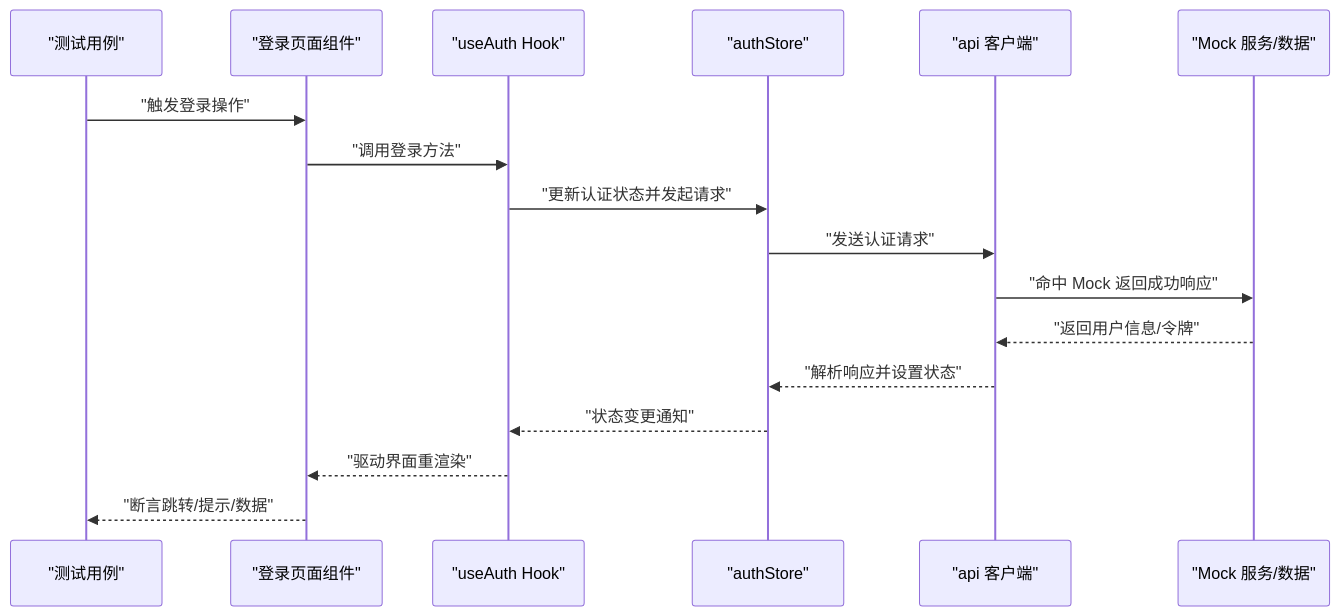
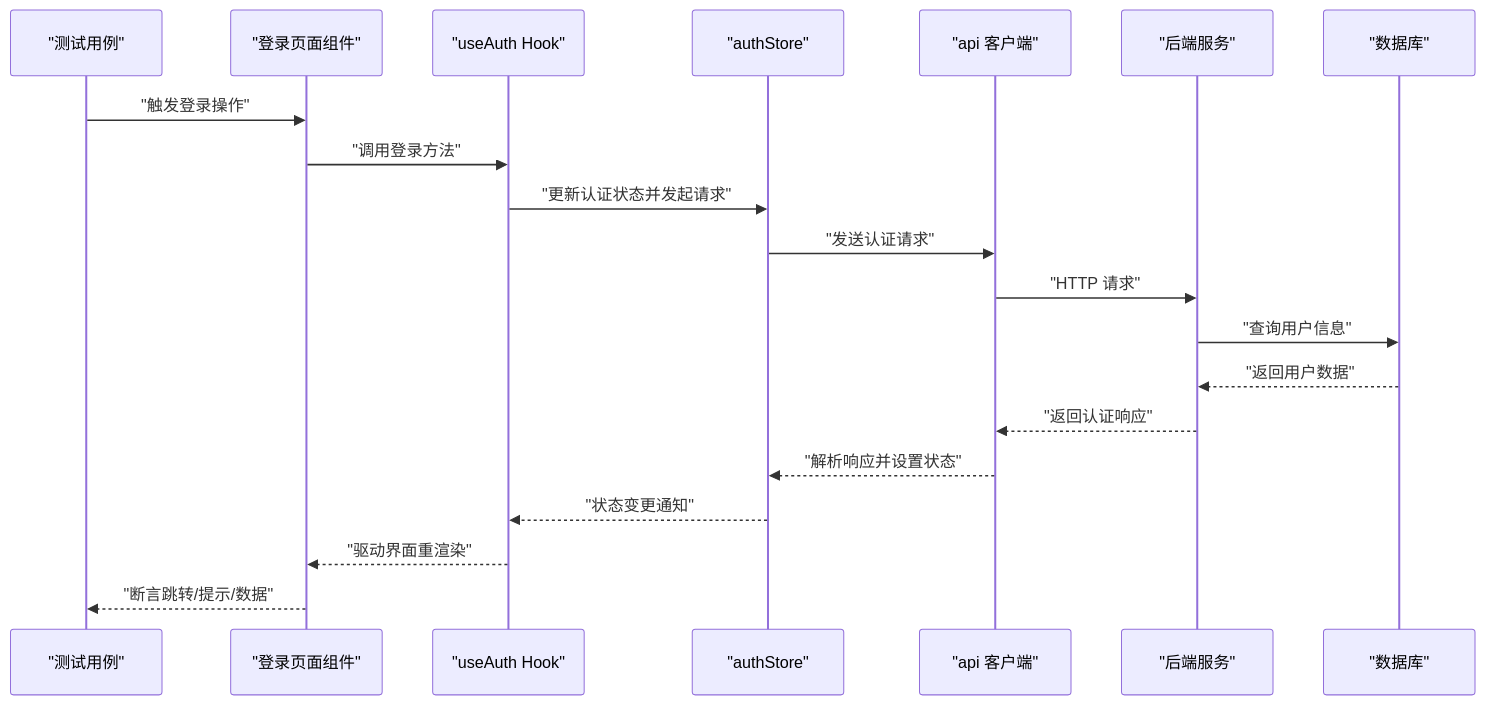
Before and after one commit to Damao997/newproject: the second of 12 diagrams in .qoder/repowiki/zh/content/测试策略/集成测试.md, drawn with Mermaid. The commit also changed other lines of this file and 23 other files, not shown here.

````diff
--- a/.qoder/repowiki/zh/content/测试策略/集成测试.md
+++ b/.qoder/repowiki/zh/content/测试策略/集成测试.md
@@ -118,19 +145,22 @@
 ```mermaid
 sequenceDiagram
 participant Test as "测试用例"
 participant UI as "登录页面组件"
 participant AuthHook as "useAuth Hook"
 participant Store as "authStore"
 participant API as "api 客户端"
-participant Mock as "Mock 服务/数据"
+participant Server as "后端服务"
+participant DB as "数据库"
 Test->>UI : "触发登录操作"
 UI->>AuthHook : "调用登录方法"
 AuthHook->>Store : "更新认证状态并发起请求"
 Store->>API : "发送认证请求"
-API->>Mock : "命中 Mock 返回成功响应"
-Mock-->>API : "返回用户信息/令牌"
+API->>Server : "HTTP 请求"
+Server->>DB : "查询用户信息"
+DB-->>Server : "返回用户数据"
+Server-->>API : "返回认证响应"
 API-->>Store : "解析响应并设置状态"
 Store-->>AuthHook : "状态变更通知"
 AuthHook-->>UI : "驱动界面重渲染"
 UI-->>Test : "断言跳转/提示/数据"
 ```
````
